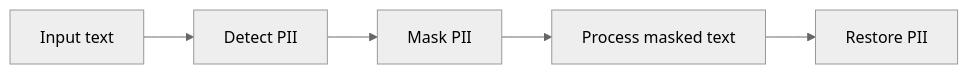
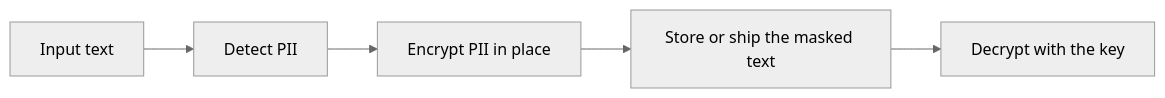
Before and after one commit to laizhenyoong/malaysia-pii-guard: the diagram in README.md, drawn with Mermaid (neutral theme). The commit also changed other lines of this file and 10 other files, not shown here.

````diff
--- a/README.md
+++ b/README.md
@@ -31,7 +38,7 @@
 ```mermaid
 flowchart LR
     A[Input text] --> B[Detect PII]
-    B --> C[Mask PII]
-    C --> D[Process masked text]
-    D --> E[Restore PII]
+    B --> C[Encrypt PII in place]
+    C --> D[Store or ship the masked text]
+    D --> E[Decrypt with the key]
 ```
````
